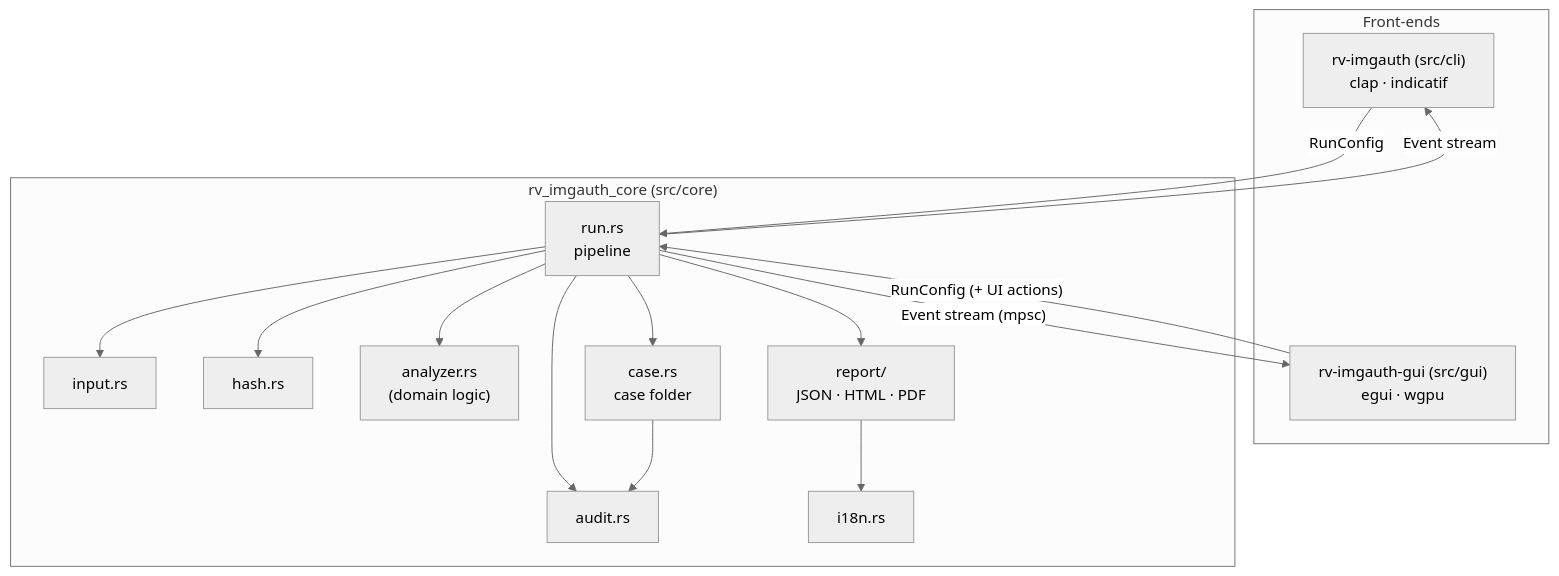
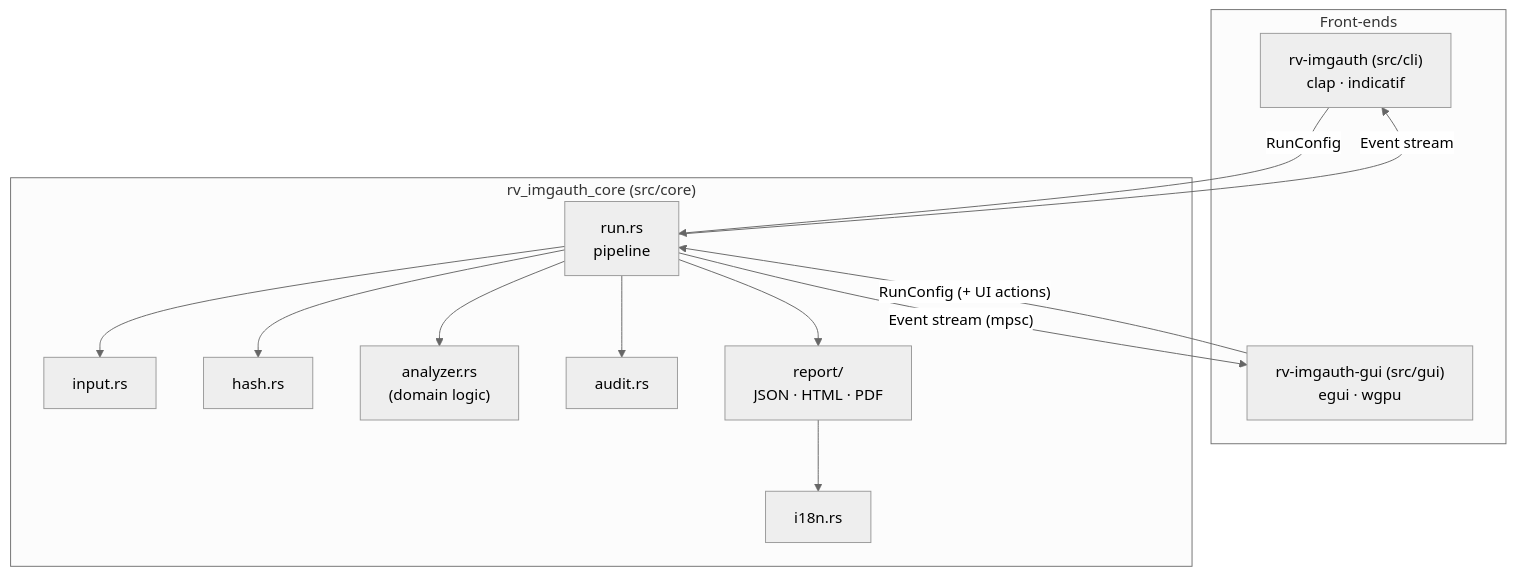
Before and after one commit to Panacota96/rv-imgauth: the first of 3 diagrams in docs/architecture.md, drawn with Mermaid (neutral theme). The commit also changed other lines of this file and 84 other files, not shown here.

````diff
--- a/docs/architecture.md
+++ b/docs/architecture.md
@@ -7,24 +7,22 @@
 ```mermaid
 flowchart TB
     subgraph Front-ends
         CLI["rv-imgauth (src/cli)<br/>clap · indicatif"]
         GUI["rv-imgauth-gui (src/gui)<br/>egui · wgpu"]
     end
     subgraph Core["rv_imgauth_core (src/core)"]
         RUN["run.rs<br/>pipeline"]
         IN["input.rs"]
         H["hash.rs"]
         AN["analyzer.rs<br/>(domain logic)"]
         AU["audit.rs"]
-        CA["case.rs<br/>case folder"]
         REP["report/<br/>JSON · HTML · PDF"]
         I18N["i18n.rs"]
     end
     CLI -- RunConfig --> RUN
     GUI -- "RunConfig (+ UI actions)" --> RUN
     RUN -- "Event stream" --> CLI
     RUN -- "Event stream (mpsc)" --> GUI
-    RUN --> IN & H & AN & AU & REP & CA
-    CA --> AU
+    RUN --> IN & H & AN & AU & REP
     REP --> I18N
 ```
````
